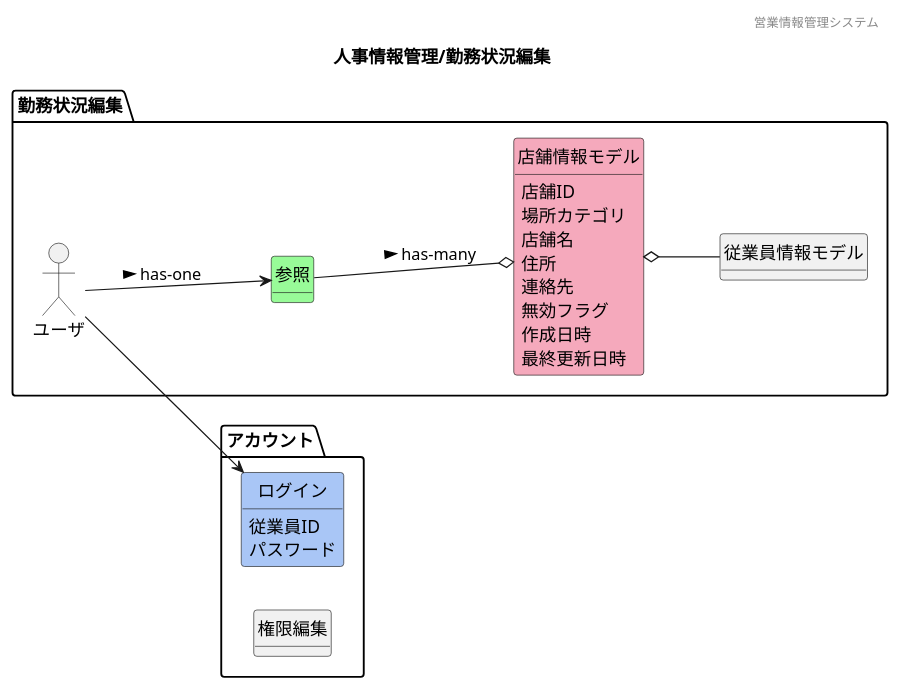
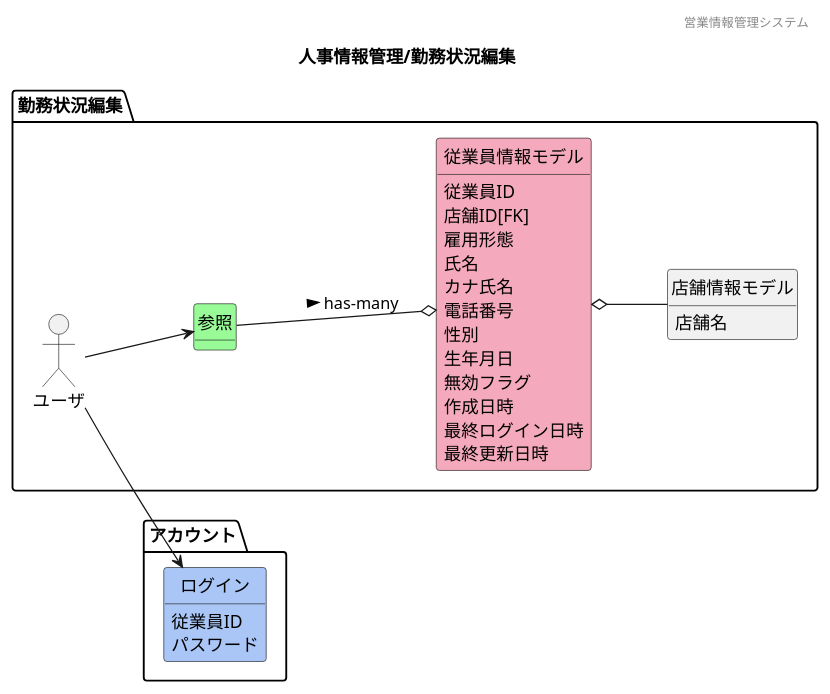
Before and after one commit to HaruShim/Sotuken: the diagram in 各種設計書/1ドメインモデル図/人事情報管理/F14勤務状況編集.plantuml, drawn with PlantUML. The commit also changed other lines of this file and 27 other files, not shown here.

```diff
--- a/各種設計書/1ドメインモデル図/人事情報管理/F14勤務状況編集.plantuml
+++ b/各種設計書/1ドメインモデル図/人事情報管理/F14勤務状況編集.plantuml
@@ -1,50 +8,56 @@
 @startuml images/人事情報管理/勤務状況編集
 ' ヘッダー
 header 営業情報管理システム
 ' タイトル
 title 人事情報管理/勤務状況編集
 ' 
 hide circle
 ' 
 hide method
 left to right direction
 
 package "アカウント"{
     class "ログイン" #A9C6F6
-    class "権限編集"
+
 }
 
 package "勤務状況編集" {
     'ユーザや外部システム
     mix_actor "ユーザ"
     class "参照" #98fb98
-    class "店舗情報モデル" #F5A9BC
-    class "従業員情報モデル"
+    class "店舗情報モデル" 
+    class "従業員情報モデル" #F5A9BC
 }
     ' package "マスタ管理"{
     ' }
 
     'モデル同士の関係
-    ユーザ --> 参照 : > has-one
+    ユーザ --> 参照
     ユーザ --> ログイン
-    参照 --o 店舗情報モデル : > has-many
-    店舗情報モデル o-- 従業員情報モデル
+    参照 --o 従業員情報モデル : > has-many
+    従業員情報モデル o-- 店舗情報モデル
     ' 店舗情報モデル o-- マスタ管理
 
     'ドメインクラスの属性
-    店舗情報モデル : 店舗ID
-    店舗情報モデル : 場所カテゴリ
+    従業員情報モデル : 従業員ID
+    従業員情報モデル : 店舗ID[FK]
+    従業員情報モデル : 雇用形態
+    従業員情報モデル : 氏名
+    従業員情報モデル : カナ氏名
+    従業員情報モデル : 電話番号
+    従業員情報モデル : 性別
+    従業員情報モデル : 生年月日
+    従業員情報モデル : 無効フラグ
+    従業員情報モデル : 作成日時
+    従業員情報モデル : 最終ログイン日時
+    従業員情報モデル : 最終更新日時
     店舗情報モデル : 店舗名
-    店舗情報モデル : 住所
-    店舗情報モデル : 連絡先
-    店舗情報モデル : 無効フラグ
-    店舗情報モデル : 作成日時
-    店舗情報モデル : 最終更新日時
+
     ログイン : 従業員ID
     ログイン : パスワード
 
 
 
 
 
 @enduml
```
